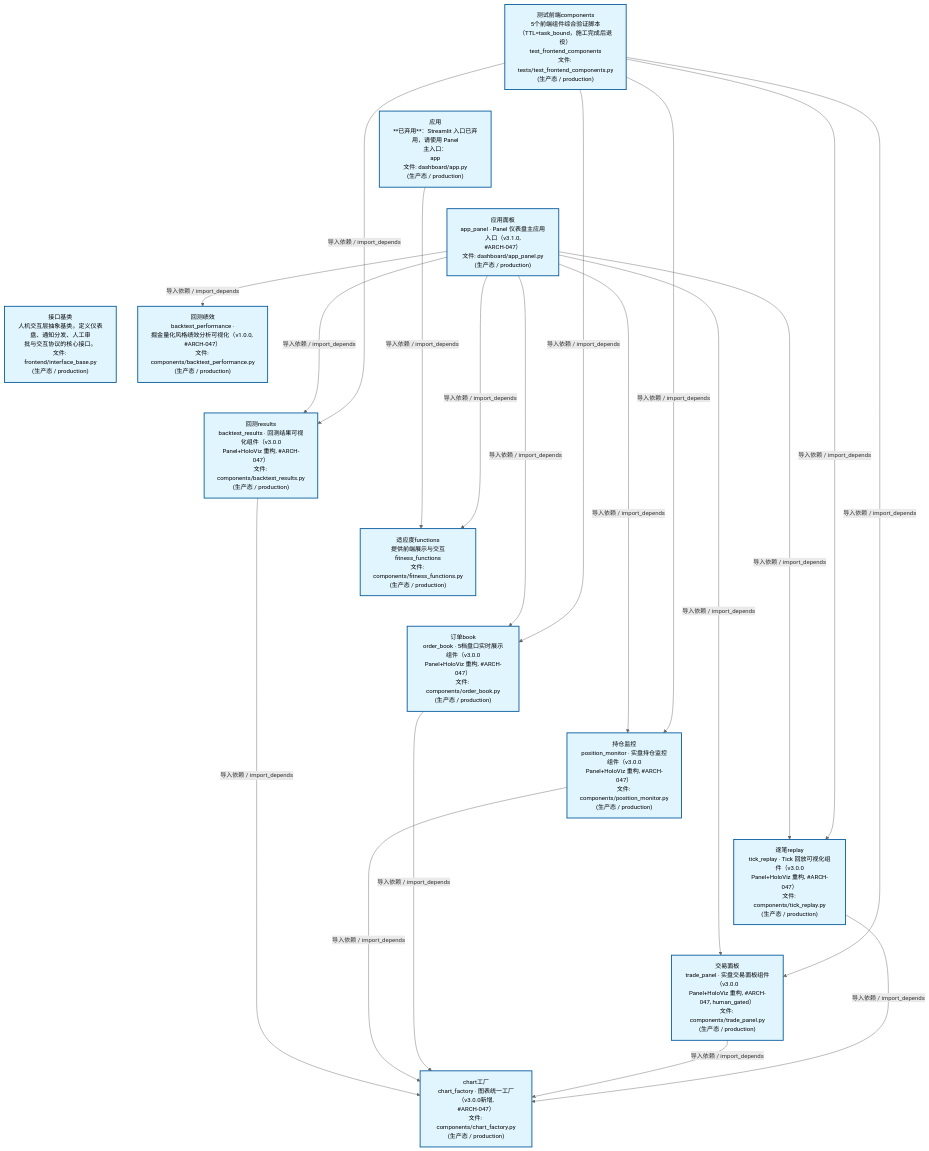
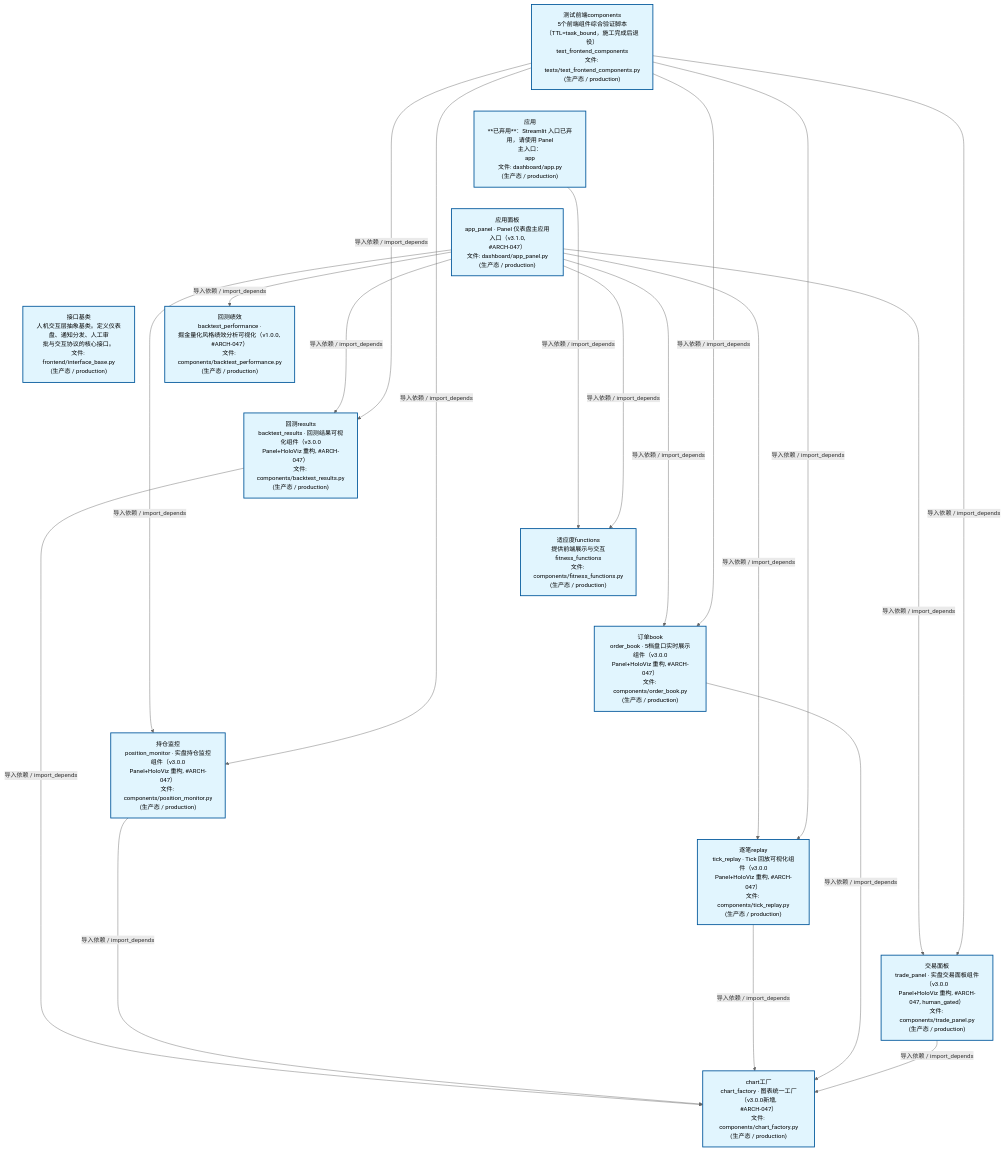
The second of 4 diagrams in docs/02_enterprise_architecture/02_domain_architecture_docs/47_d_frontend.md (xuanFelixVan/ZephyrAlpha), drawn with Mermaid before and after one commit. The commit also changed other lines of this file and 42 other files, not shown here.

````diff
--- a/docs/02_enterprise_architecture/02_domain_architecture_docs/47_d_frontend.md
+++ b/docs/02_enterprise_architecture/02_domain_architecture_docs/47_d_frontend.md
@@ -124,48 +124,48 @@
 ```mermaid
 %%{init: {'theme': 'base', 'themeVariables': {'primaryColor': '#eaeaea', 'primaryTextColor': '#333333', 'primaryBorderColor': '#666666', 'lineColor': '#666666', 'secondaryColor': '#eaeaea', 'tertiaryColor': '#eaeaea', 'fontSize': '14px'}}}%%
 flowchart TD
     scripts_tests_test_frontend_components_py["测试前端components<br/>5个前端组件综合验证脚本<br/>（TTL=task_bound，施工完成后退役）<br/>test_frontend_components<br/>文件: tests/test_frontend_components.py<br/>(生产态 / production)"]
     src_zephyr_frontend_dashboard_app_py["应用<br/>**已弃用**：Streamlit 入口已弃用，请使用 Panel<br/>主入口：<br/>app<br/>文件: dashboard/app.py<br/>(生产态 / production)"]
     src_zephyr_frontend_dashboard_app_panel_py["应用面板<br/>app_panel · Panel 仪表盘主应用入口（v3.1.0,<br/>#ARCH-047）<br/>文件: dashboard/app_panel.py<br/>(生产态 / production)"]
     src_zephyr_frontend_interface_base_py["接口基类<br/>人机交互层抽象基类。定义仪表盘、通知分发、人工审<br/>批与交互协议的核心接口。<br/>文件: frontend/interface_base.py<br/>(生产态 / production)"]
     scripts_tests_test_frontend_components_py ~~~ src_zephyr_frontend_dashboard_app_py
     src_zephyr_frontend_dashboard_app_py ~~~ src_zephyr_frontend_dashboard_app_panel_py
     src_zephyr_frontend_dashboard_app_panel_py ~~~ src_zephyr_frontend_interface_base_py
     src_zephyr_frontend_dashboard_components_backtest_performance_py["回测绩效<br/>backtest_performance ·<br/>掘金量化风格绩效分析可视化（v1.0.0, #ARCH-047）<br/>文件: components/backtest_performance.py<br/>(生产态 / production)"]
     src_zephyr_frontend_dashboard_components_backtest_results_py["回测results<br/>backtest_results · 回测结果可视化组件（v3.0.0<br/>Panel+HoloViz 重构, #ARCH-047）<br/>文件: components/backtest_results.py<br/>(生产态 / production)"]
     src_zephyr_frontend_dashboard_components_fitness_functions_py["适应度functions<br/>提供前端展示与交互<br/>fitness_functions<br/>文件: components/fitness_functions.py<br/>(生产态 / production)"]
     src_zephyr_frontend_dashboard_components_order_book_py["订单book<br/>order_book · 5档盘口实时展示组件（v3.0.0<br/>Panel+HoloViz 重构, #ARCH-047）<br/>文件: components/order_book.py<br/>(生产态 / production)"]
     src_zephyr_frontend_dashboard_components_position_monitor_py["持仓监控<br/>position_monitor · 实盘持仓监控组件（v3.0.0<br/>Panel+HoloViz 重构, #ARCH-047）<br/>文件: components/position_monitor.py<br/>(生产态 / production)"]
     src_zephyr_frontend_dashboard_components_tick_replay_py["逐笔replay<br/>tick_replay · Tick 回放可视化组件（v3.0.0<br/>Panel+HoloViz 重构, #ARCH-047）<br/>文件: components/tick_replay.py<br/>(生产态 / production)"]
     src_zephyr_frontend_dashboard_components_trade_panel_py["交易面板<br/>trade_panel · 实盘交易面板组件（v3.0.0<br/>Panel+HoloViz 重构, #ARCH-047, human_gated）<br/>文件: components/trade_panel.py<br/>(生产态 / production)"]
     src_zephyr_frontend_dashboard_components_backtest_performance_py ~~~ src_zephyr_frontend_dashboard_components_backtest_results_py
     src_zephyr_frontend_dashboard_components_backtest_results_py ~~~ src_zephyr_frontend_dashboard_components_fitness_functions_py
     src_zephyr_frontend_dashboard_components_fitness_functions_py ~~~ src_zephyr_frontend_dashboard_components_order_book_py
     src_zephyr_frontend_dashboard_components_order_book_py ~~~ src_zephyr_frontend_dashboard_components_position_monitor_py
     src_zephyr_frontend_dashboard_components_position_monitor_py ~~~ src_zephyr_frontend_dashboard_components_tick_replay_py
     src_zephyr_frontend_dashboard_components_tick_replay_py ~~~ src_zephyr_frontend_dashboard_components_trade_panel_py
     src_zephyr_frontend_dashboard_components_chart_factory_py["chart工厂<br/>chart_factory · 图表统一工厂（v3.0.0新增,<br/>#ARCH-047）<br/>文件: components/chart_factory.py<br/>(生产态 / production)"]
     src_zephyr_frontend_dashboard_app_py -->|导入依赖 / import_depends| src_zephyr_frontend_dashboard_components_fitness_functions_py
     src_zephyr_frontend_dashboard_app_panel_py -->|导入依赖 / import_depends| src_zephyr_frontend_dashboard_components_backtest_performance_py
+    src_zephyr_frontend_dashboard_app_panel_py -->|导入依赖 / import_depends| src_zephyr_frontend_dashboard_components_fitness_functions_py
     src_zephyr_frontend_dashboard_app_panel_py -->|导入依赖 / import_depends| src_zephyr_frontend_dashboard_components_backtest_results_py
-    src_zephyr_frontend_dashboard_app_panel_py -->|导入依赖 / import_depends| src_zephyr_frontend_dashboard_components_fitness_functions_py
     src_zephyr_frontend_dashboard_app_panel_py -->|导入依赖 / import_depends| src_zephyr_frontend_dashboard_components_position_monitor_py
+    src_zephyr_frontend_dashboard_app_panel_py -->|导入依赖 / import_depends| src_zephyr_frontend_dashboard_components_tick_replay_py
     src_zephyr_frontend_dashboard_app_panel_py -->|导入依赖 / import_depends| src_zephyr_frontend_dashboard_components_order_book_py
     src_zephyr_frontend_dashboard_app_panel_py -->|导入依赖 / import_depends| src_zephyr_frontend_dashboard_components_trade_panel_py
-    src_zephyr_frontend_dashboard_app_panel_py -->|导入依赖 / import_depends| src_zephyr_frontend_dashboard_components_tick_replay_py
     src_zephyr_frontend_dashboard_components_backtest_results_py -->|导入依赖 / import_depends| src_zephyr_frontend_dashboard_components_chart_factory_py
     src_zephyr_frontend_dashboard_components_position_monitor_py -->|导入依赖 / import_depends| src_zephyr_frontend_dashboard_components_chart_factory_py
+    src_zephyr_frontend_dashboard_components_tick_replay_py -->|导入依赖 / import_depends| src_zephyr_frontend_dashboard_components_chart_factory_py
     src_zephyr_frontend_dashboard_components_order_book_py -->|导入依赖 / import_depends| src_zephyr_frontend_dashboard_components_chart_factory_py
     src_zephyr_frontend_dashboard_components_trade_panel_py -->|导入依赖 / import_depends| src_zephyr_frontend_dashboard_components_chart_factory_py
-    src_zephyr_frontend_dashboard_components_tick_replay_py -->|导入依赖 / import_depends| src_zephyr_frontend_dashboard_components_chart_factory_py
     scripts_tests_test_frontend_components_py -->|导入依赖 / import_depends| src_zephyr_frontend_dashboard_components_backtest_results_py
     scripts_tests_test_frontend_components_py -->|导入依赖 / import_depends| src_zephyr_frontend_dashboard_components_position_monitor_py
+    scripts_tests_test_frontend_components_py -->|导入依赖 / import_depends| src_zephyr_frontend_dashboard_components_tick_replay_py
     scripts_tests_test_frontend_components_py -->|导入依赖 / import_depends| src_zephyr_frontend_dashboard_components_order_book_py
     scripts_tests_test_frontend_components_py -->|导入依赖 / import_depends| src_zephyr_frontend_dashboard_components_trade_panel_py
-    scripts_tests_test_frontend_components_py -->|导入依赖 / import_depends| src_zephyr_frontend_dashboard_components_tick_replay_py
     classDef production fill:#e1f5fe,stroke:#01579b,stroke-width:2px,color:#000
     classDef design fill:#fff3e0,stroke:#e65100,stroke-width:2px,color:#000,stroke-dasharray: 5 5
     classDef external_prod fill:#e8f4fd,stroke:#0277bd,stroke-width:1px,color:#000
     classDef external_design fill:#fff8e7,stroke:#ef6c00,stroke-width:1px,color:#000,stroke-dasharray: 5 5
     class scripts_tests_test_frontend_components_py,src_zephyr_frontend_dashboard_app_py,src_zephyr_frontend_dashboard_app_panel_py,src_zephyr_frontend_dashboard_components_backtest_performance_py,src_zephyr_frontend_dashboard_components_backtest_results_py,src_zephyr_frontend_dashboard_components_chart_factory_py,src_zephyr_frontend_dashboard_components_fitness_functions_py,src_zephyr_frontend_dashboard_components_order_book_py,src_zephyr_frontend_dashboard_components_position_monitor_py,src_zephyr_frontend_dashboard_components_tick_replay_py,src_zephyr_frontend_dashboard_components_trade_panel_py,src_zephyr_frontend_interface_base_py production
 ```
````
